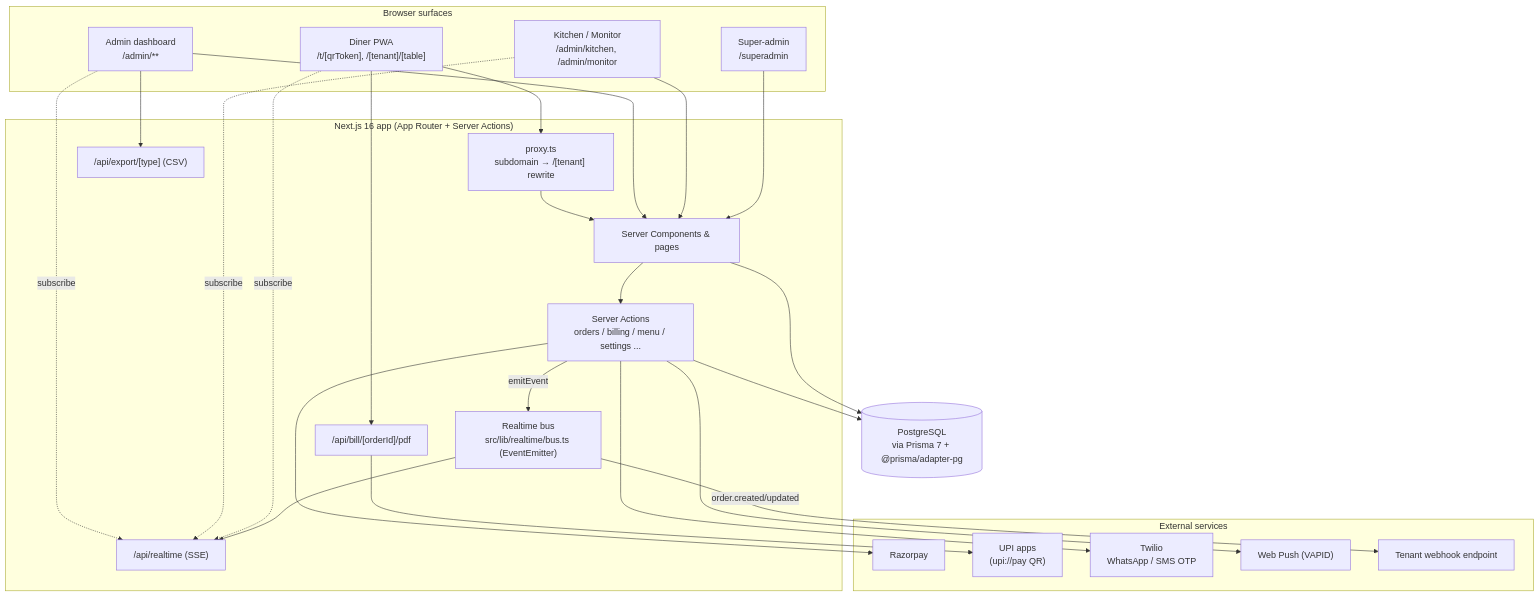
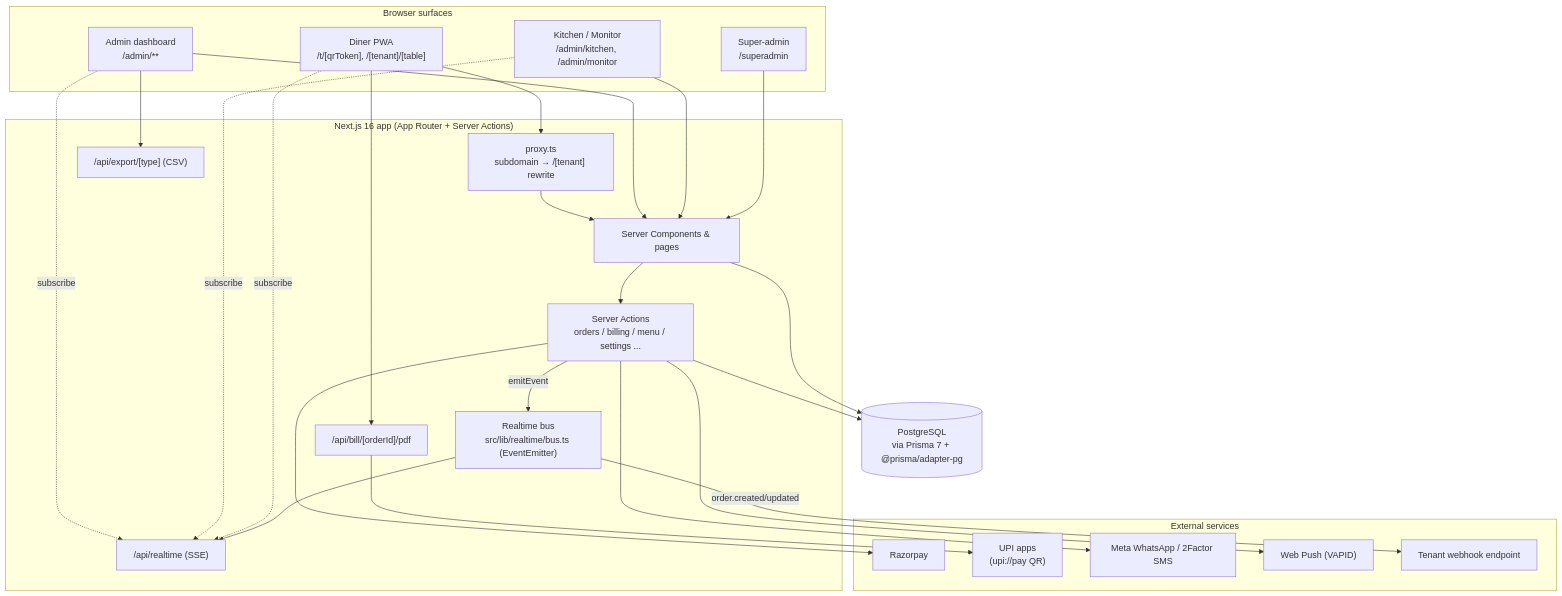
Before and after one commit to MadhuS-1605/scan2order: the first of 3 diagrams in docs/ARCHITECTURE.md, drawn with Mermaid. The commit also changed other lines of this file and 14 other files, not shown here.

First line of the commit message:
chore: remove Twilio (unused) — WhatsApp via Meta, SMS via 2Factor

````diff
--- a/docs/ARCHITECTURE.md
+++ b/docs/ARCHITECTURE.md
@@ -15,50 +15,50 @@
 ```mermaid
 flowchart TB
     subgraph Browsers["Browser surfaces"]
         Diner["Diner PWA<br/>/t/[qrToken], /[tenant]/[table]"]
         Admin["Admin dashboard<br/>/admin/**"]
         KDS["Kitchen / Monitor<br/>/admin/kitchen, /admin/monitor"]
         Super["Super-admin<br/>/superadmin"]
     end
 
     subgraph App["Next.js 16 app (App Router + Server Actions)"]
         Proxy["proxy.ts<br/>subdomain → /[tenant] rewrite"]
         Pages["Server Components & pages"]
         Actions["Server Actions<br/>orders / billing / menu / settings ..."]
         SSE["/api/realtime (SSE)"]
         BillPDF["/api/bill/[orderId]/pdf"]
         Export["/api/export/[type] (CSV)"]
         Bus["Realtime bus<br/>src/lib/realtime/bus.ts (EventEmitter)"]
     end
 
     DB[("PostgreSQL<br/>via Prisma 7 + @prisma/adapter-pg")]
 
     subgraph External["External services"]
         RZP["Razorpay"]
         UPI["UPI apps<br/>(upi://pay QR)"]
-        Twilio["Twilio<br/>WhatsApp / SMS OTP"]
+        WA["Meta WhatsApp / 2Factor SMS"]
         Push["Web Push (VAPID)"]
         Hook["Tenant webhook endpoint"]
     end
 
     Diner --> Proxy --> Pages
     Admin --> Pages
     KDS --> Pages
     Super --> Pages
     Pages --> Actions
     Actions --> DB
     Pages --> DB
 
     Admin -. subscribe .-> SSE
     KDS -. subscribe .-> SSE
     Diner -. subscribe .-> SSE
     Actions -- emitEvent --> Bus --> SSE
 
     Actions --> RZP
     BillPDF --> UPI
-    Actions --> Twilio
+    Actions --> WA
     Actions --> Push
     Bus -- order.created/updated --> Hook
     Diner --> BillPDF
     Admin --> Export
 ```
````
